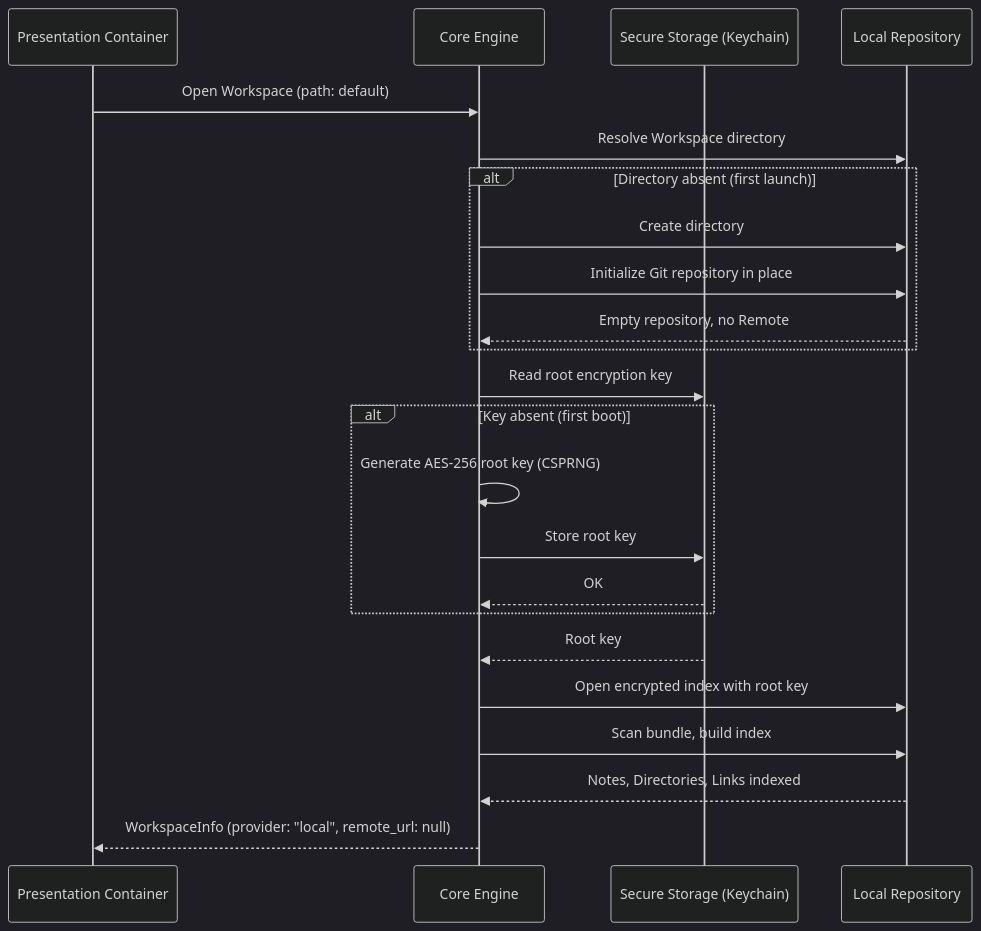
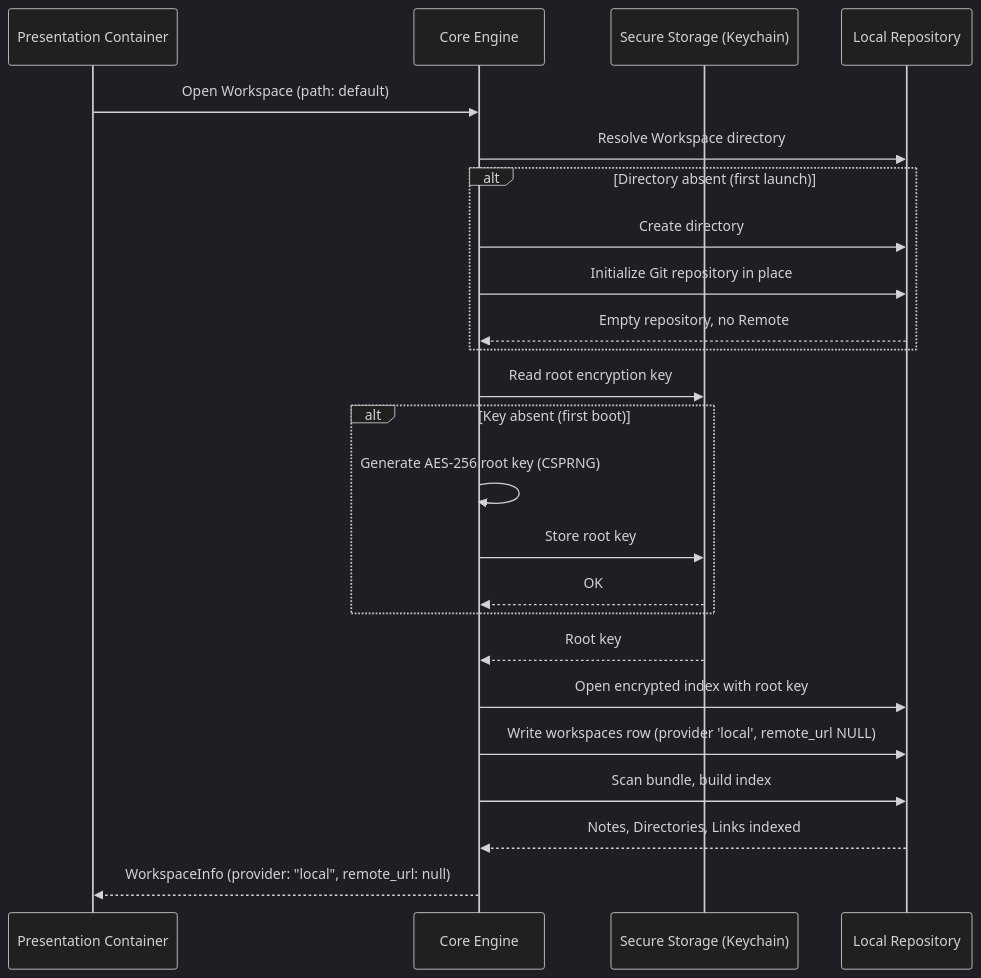
One commit to SkrOYC/burlmd changed the diagram in .constitution/architecture/flows/flow-workspace-bootstrap.md. Above: the diagram before and after it, drawn with Mermaid (dark theme). The commit also changed 8 other files, not shown here.

````diff
--- a/.constitution/architecture/flows/flow-workspace-bootstrap.md
+++ b/.constitution/architecture/flows/flow-workspace-bootstrap.md
@@ -7,29 +7,30 @@
 ```mermaid
 sequenceDiagram
     participant UI as Presentation Container
     participant Core as Core Engine
     participant OS as Secure Storage (Keychain)
     participant Local as Local Repository
 
     UI->>Core: Open Workspace (path: default)
     Core->>Local: Resolve Workspace directory
     alt Directory absent (first launch)
         Core->>Local: Create directory
         Core->>Local: Initialize Git repository in place
         Local-->>Core: Empty repository, no Remote
     end
 
     Core->>OS: Read root encryption key
     alt Key absent (first boot)
         Core->>Core: Generate AES-256 root key (CSPRNG)
         Core->>OS: Store root key
         OS-->>Core: OK
     end
     OS-->>Core: Root key
 
     Core->>Local: Open encrypted index with root key
+    Core->>Local: Write workspaces row (provider 'local', remote_url NULL)
     Core->>Local: Scan bundle, build index
     Local-->>Core: Notes, Directories, Links indexed
 
     Core-->>UI: WorkspaceInfo (provider: "local", remote_url: null)
 ```
````
